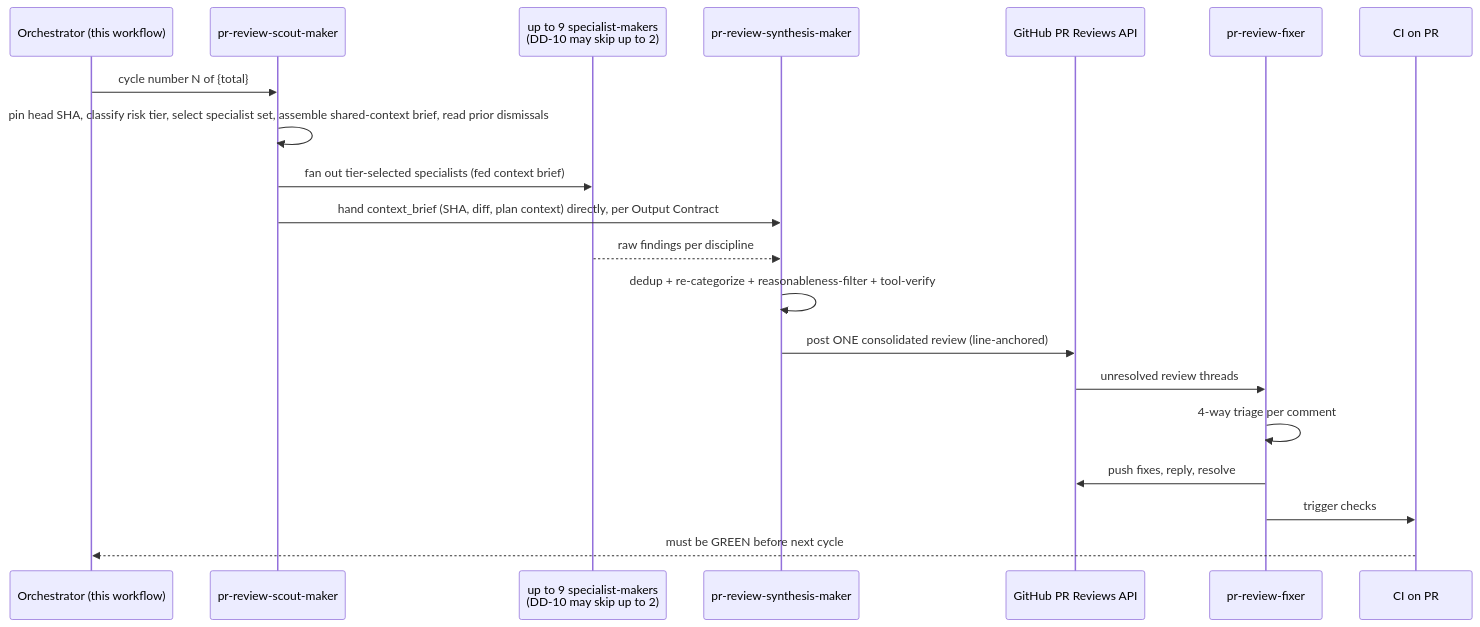
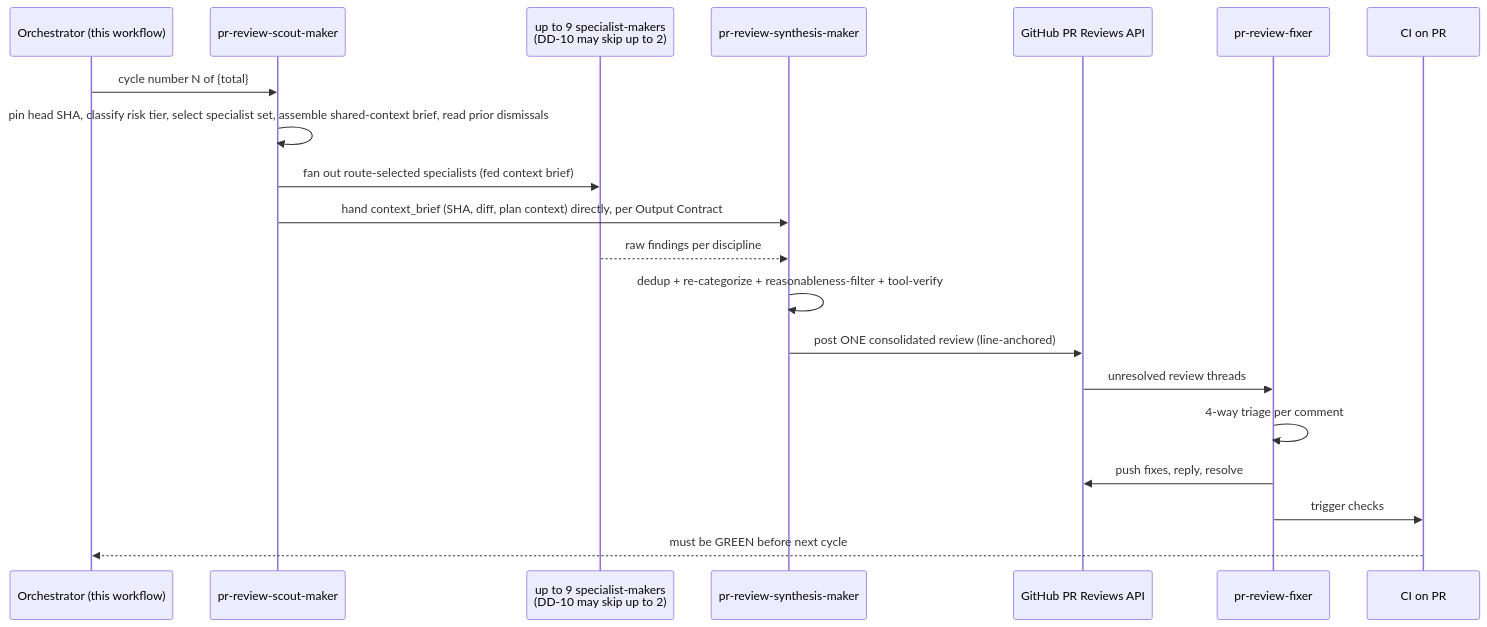
Before and after one commit to wahidyankf/open-sharia-fintech: the second of 2 diagrams in repo-governance/workflows/pr/pr-review-quality-gate/pipeline-diagrams.md, drawn with Mermaid. The commit also changed other lines of this file and 25 other files, not shown here.

````diff
--- a/repo-governance/workflows/pr/pr-review-quality-gate/pipeline-diagrams.md
+++ b/repo-governance/workflows/pr/pr-review-quality-gate/pipeline-diagrams.md
@@ -49,23 +49,23 @@
 ```mermaid
 sequenceDiagram
   participant O as Orchestrator (this workflow)
   participant SC as pr-review-scout-maker
   participant SP as up to 9 specialist-makers<br/>(DD-10 may skip up to 2)
   participant SY as pr-review-synthesis-maker
   participant GH as GitHub PR Reviews API
   participant F as pr-review-fixer
   participant CI as CI on PR
 
   O->>SC: cycle number N of {total}
   SC->>SC: pin head SHA, classify risk tier, select specialist set, assemble shared-context brief, read prior dismissals
-  SC->>SP: fan out tier-selected specialists (fed context brief)
+  SC->>SP: fan out route-selected specialists (fed context brief)
   SC->>SY: hand context_brief (SHA, diff, plan context) directly, per Output Contract
   SP-->>SY: raw findings per discipline
   SY->>SY: dedup + re-categorize + reasonableness-filter + tool-verify
   SY->>GH: post ONE consolidated review (line-anchored)
   GH->>F: unresolved review threads
   F->>F: 4-way triage per comment
   F->>GH: push fixes, reply, resolve
   F->>CI: trigger checks
   CI-->>O: must be GREEN before next cycle
 ```
````
